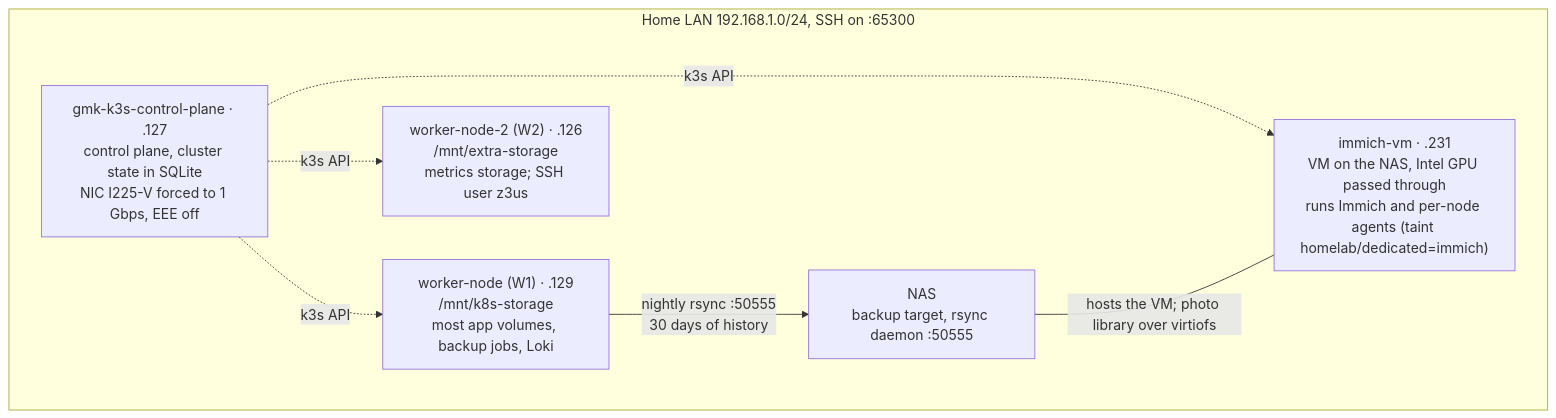
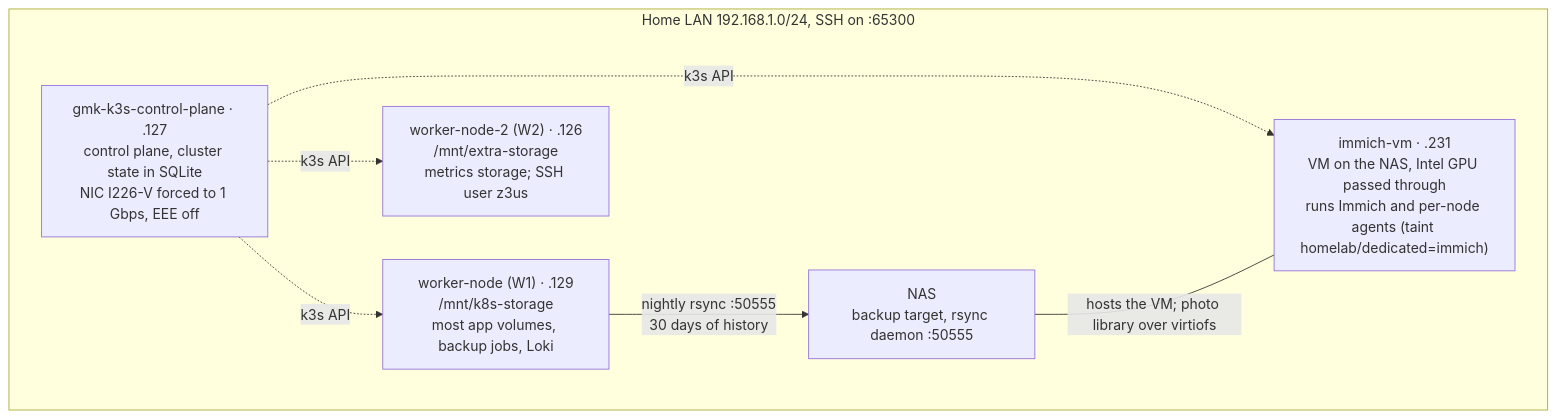
The first of 4 diagrams in docs/ARCHITECTURE.md (AKhozya/homelab), drawn with Mermaid before and after one commit. The commit also changed other lines of this file and 15 other files, not shown here.

````diff
--- a/docs/ARCHITECTURE.md
+++ b/docs/ARCHITECTURE.md
@@ -30,15 +30,15 @@
 ```mermaid
 flowchart TB
   subgraph LAN["Home LAN 192.168.1.0/24, SSH on :65300"]
-    CP["gmk-k3s-control-plane · .127<br/>control plane, cluster state in SQLite<br/>NIC I225-V forced to 1 Gbps, EEE off"]
+    CP["gmk-k3s-control-plane · .127<br/>control plane, cluster state in SQLite<br/>NIC I226-V forced to 1 Gbps, EEE off"]
     W1["worker-node (W1) · .129<br/>/mnt/k8s-storage<br/>most app volumes, backup jobs, Loki"]
     W2["worker-node-2 (W2) · .126<br/>/mnt/extra-storage<br/>metrics storage; SSH user z3us"]
     NAS["NAS<br/>backup target, rsync daemon :50555"]
     VM["immich-vm · .231<br/>VM on the NAS, Intel GPU passed through<br/>runs Immich and per-node agents (taint homelab/dedicated=immich)"]
   end
   CP -. k3s API .-> W1
   CP -. k3s API .-> W2
   CP -. k3s API .-> VM
   NAS ---|hosts the VM; photo library over virtiofs| VM
   W1 -->|"nightly rsync :50555<br/>30 days of history"| NAS
 ```
````
